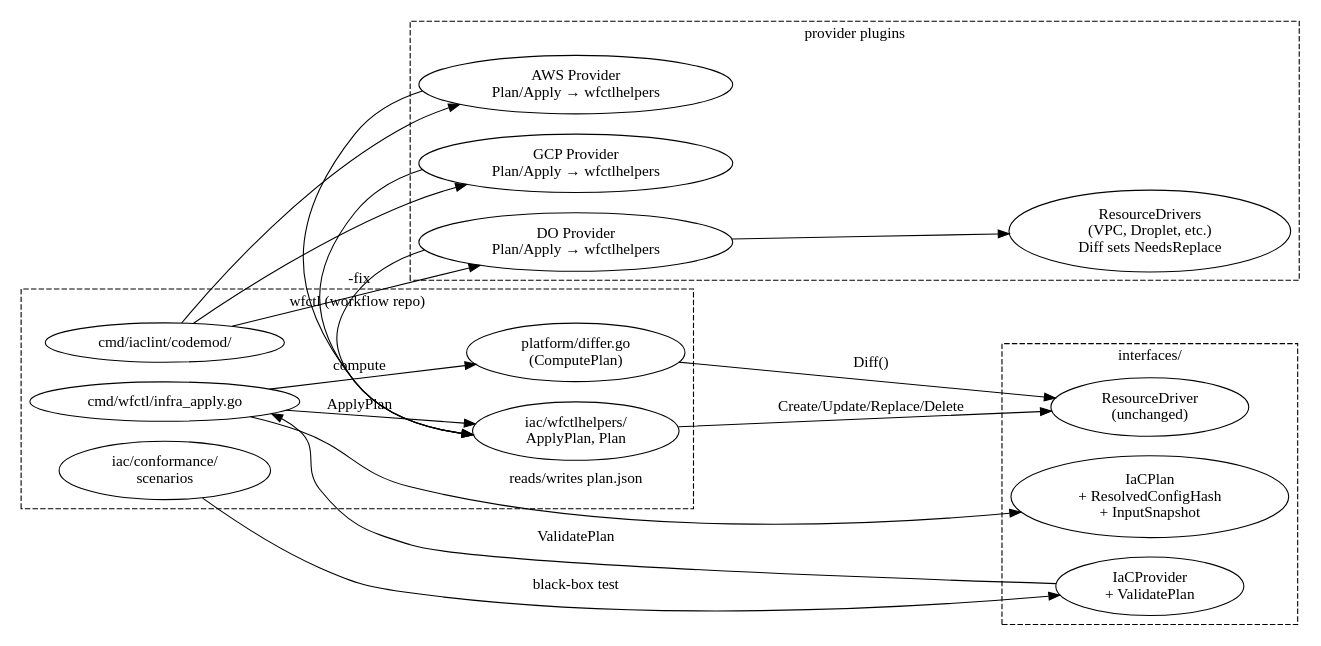
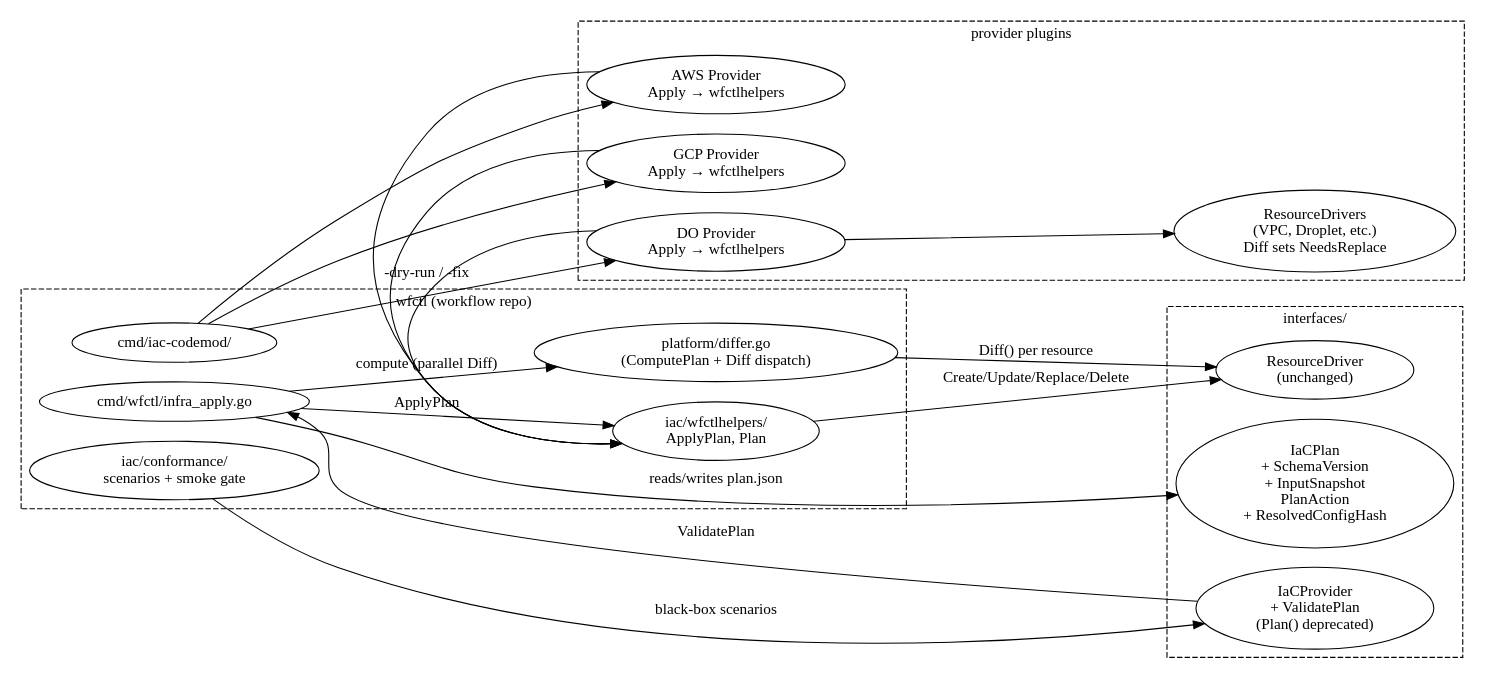
One commit to GoCodeAlone/workflow changed the diagram in docs/plans/2026-05-03-iac-conformance-and-replace-design.md. Above: the diagram before and after it, drawn with Graphviz. The commit also changed other lines of this file, not shown here.

````diff
--- a/docs/plans/2026-05-03-iac-conformance-and-replace-design.md
+++ b/docs/plans/2026-05-03-iac-conformance-and-replace-design.md
@@ -374,47 +446,47 @@
 ```dot
 digraph iac_v2 {
     rankdir=LR;
 
     subgraph cluster_wfctl {
         label="wfctl (workflow repo)";
         style=dashed;
         infra_apply [label="cmd/wfctl/infra_apply.go"];
-        platform_diff [label="platform/differ.go\n(ComputePlan)"];
+        platform_diff [label="platform/differ.go\n(ComputePlan + Diff dispatch)"];
         wfctlhelpers [label="iac/wfctlhelpers/\nApplyPlan, Plan"];
-        conformance [label="iac/conformance/\nscenarios"];
-        codemod [label="cmd/iaclint/codemod/"];
+        conformance [label="iac/conformance/\nscenarios + smoke gate"];
+        codemod [label="cmd/iac-codemod/"];
     }
 
     subgraph cluster_iface {
         label="interfaces/";
         style=dashed;
-        iac_provider [label="IaCProvider\n+ ValidatePlan"];
-        iac_state [label="IaCPlan\n+ ResolvedConfigHash\n+ InputSnapshot"];
+        iac_provider [label="IaCProvider\n+ ValidatePlan\n(Plan() deprecated)"];
+        iac_state [label="IaCPlan\n+ SchemaVersion\n+ InputSnapshot\nPlanAction\n+ ResolvedConfigHash"];
         iac_driver [label="ResourceDriver\n(unchanged)"];
     }
 
     subgraph cluster_plugin {
         label="provider plugins";
         style=dashed;
-        do_plugin [label="DO Provider\nPlan/Apply → wfctlhelpers"];
-        aws_plugin [label="AWS Provider\nPlan/Apply → wfctlhelpers"];
-        gcp_plugin [label="GCP Provider\nPlan/Apply → wfctlhelpers"];
+        do_plugin [label="DO Provider\nApply → wfctlhelpers"];
+        aws_plugin [label="AWS Provider\nApply → wfctlhelpers"];
+        gcp_plugin [label="GCP Provider\nApply → wfctlhelpers"];
         do_drivers [label="ResourceDrivers\n(VPC, Droplet, etc.)\nDiff sets NeedsReplace"];
     }
 
-    infra_apply -> platform_diff [label="compute"];
-    platform_diff -> iac_driver [label="Diff()"];
+    infra_apply -> platform_diff [label="compute (parallel Diff)"];
+    platform_diff -> iac_driver [label="Diff() per resource"];
     infra_apply -> wfctlhelpers [label="ApplyPlan"];
     wfctlhelpers -> iac_driver [label="Create/Update/Replace/Delete"];
     do_plugin -> wfctlhelpers;
     aws_plugin -> wfctlhelpers;
     gcp_plugin -> wfctlhelpers;
     do_plugin -> do_drivers;
-    conformance -> iac_provider [label="black-box test"];
-    codemod -> do_plugin [label="-fix"];
+    conformance -> iac_provider [label="black-box scenarios"];
+    codemod -> do_plugin [label="-dry-run / -fix"];
     codemod -> aws_plugin;
     codemod -> gcp_plugin;
     iac_provider -> infra_apply [label="ValidatePlan"];
     infra_apply -> iac_state [label="reads/writes plan.json"];
 }
 ```
````
